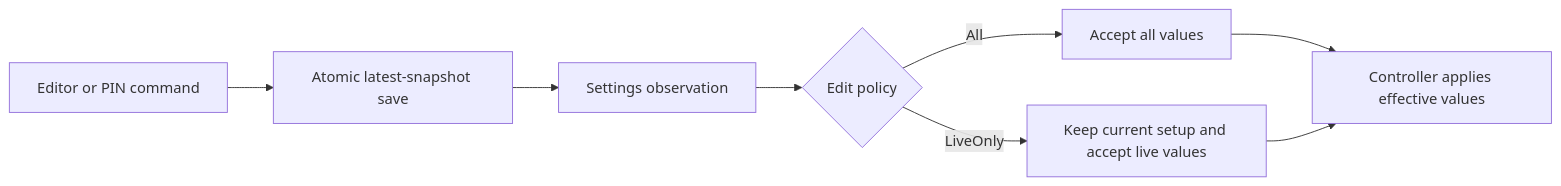
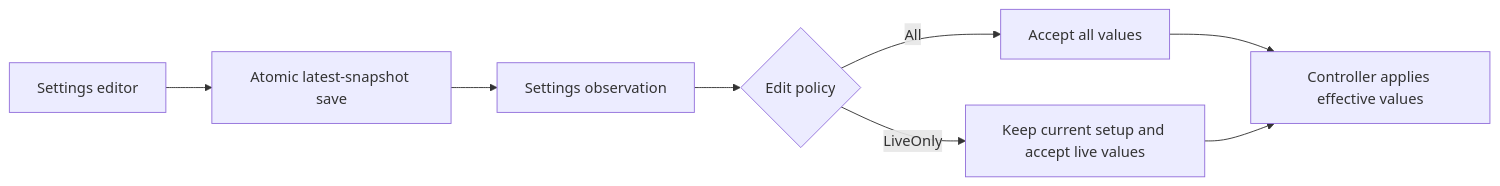
One commit to dkrivoruchko/ScreenStream changed the diagram in mjpeg2/internal/02-configuration/settings.md. Above: the diagram before and after it, drawn with Mermaid. The commit also changed other lines of this file and 311 other files, not shown here.

````diff
--- a/mjpeg2/internal/02-configuration/settings.md
+++ b/mjpeg2/internal/02-configuration/settings.md
@@ -118,10 +120,10 @@
 ```mermaid
 flowchart LR
-    E[Editor or PIN command] --> S[Atomic latest-snapshot save]
+    E[Settings editor] --> S[Atomic latest-snapshot save]
     S --> O[Settings observation]
     O --> P{Edit policy}
     P -->|All| A[Accept all values]
     P -->|LiveOnly| L[Keep current setup and accept live values]
     A --> C[Controller applies effective values]
     L --> C
 ```
````
